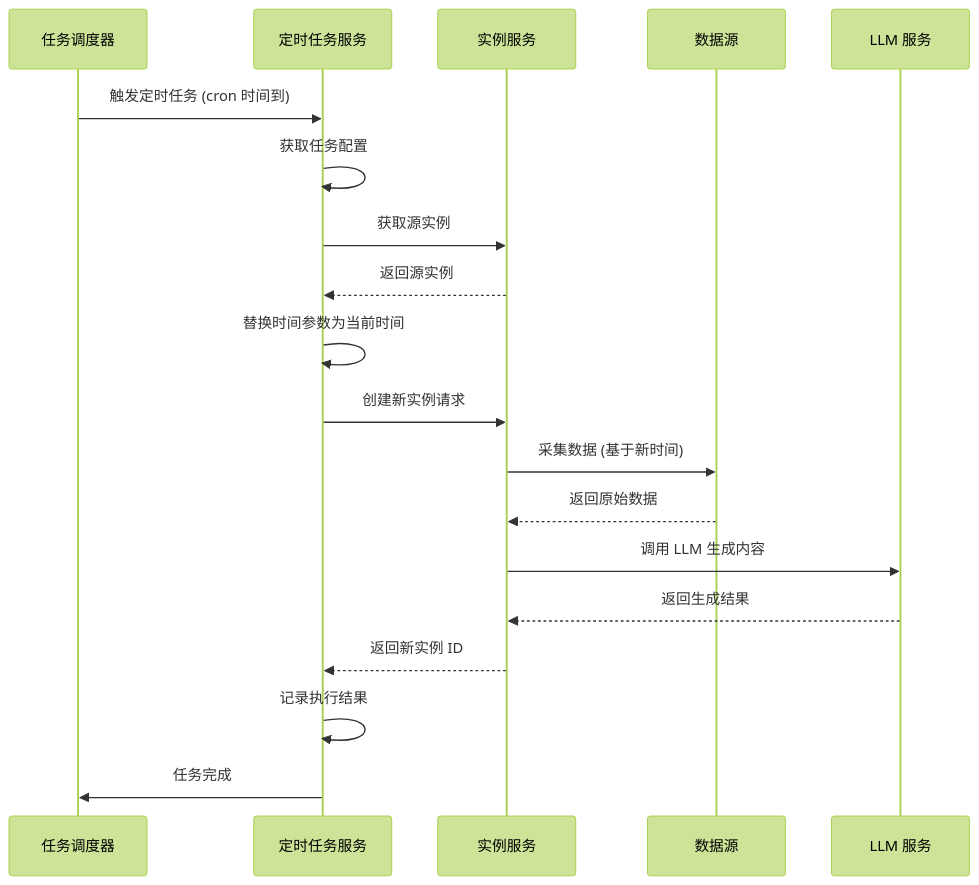
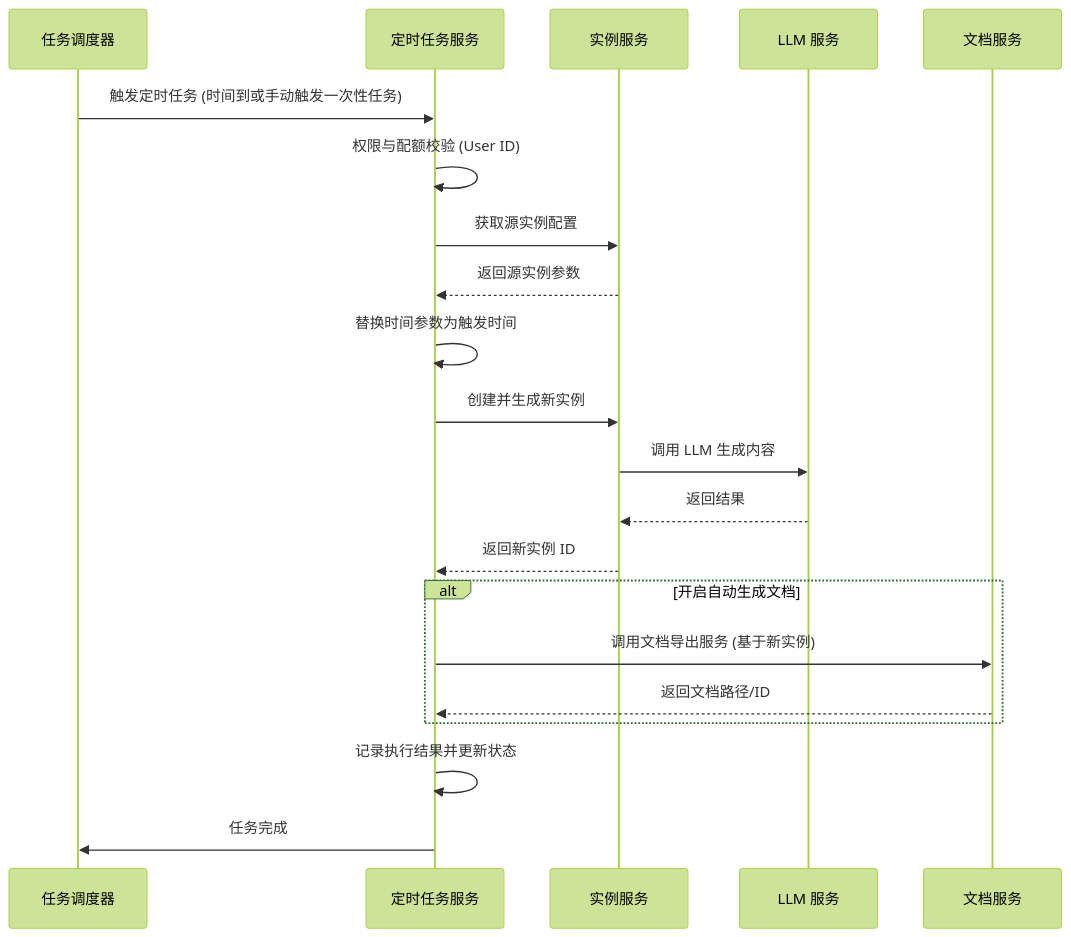
Before and after one commit to shel447/ReportSystem: the ninth of 14 diagrams in design.md, drawn with Mermaid (forest theme). The commit also changed other lines of this file and 1 other file, not shown here.

First line of the commit message:
docs: refined ReportSystem design and spec, added context and scheduled task details

````diff
--- a/design.md
+++ b/design.md
@@ -584,25 +629,28 @@
 ```mermaid
 sequenceDiagram
     participant Scheduler as 任务调度器
     participant Task as 定时任务服务
     participant Instance as 实例服务
-    participant Data as 数据源
     participant LLM as LLM 服务
+    participant Doc as 文档服务
 
-    Scheduler->>Task: 触发定时任务 (cron 时间到)
-    Task->>Task: 获取任务配置
-    Task->>Instance: 获取源实例
-    Instance-->>Task: 返回源实例
+    Scheduler->>Task: 触发定时任务 (时间到或手动触发一次性任务)
+    Task->>Task: 权限与配额校验 (User ID)
+    Task->>Instance: 获取源实例配置
+    Instance-->>Task: 返回源实例参数
     
-    Task->>Task: 替换时间参数为当前时间
+    Task->>Task: 替换时间参数为触发时间
     
-    Task->>Instance: 创建新实例请求
-    Instance->>Data: 采集数据 (基于新时间)
-    Data-->>Instance: 返回原始数据
+    Task->>Instance: 创建并生成新实例
     Instance->>LLM: 调用 LLM 生成内容
-    LLM-->>Instance: 返回生成结果
+    LLM-->>Instance: 返回结果
     Instance-->>Task: 返回新实例 ID
     
-    Task->>Task: 记录执行结果
+    alt 开启自动生成文档
+        Task->>Doc: 调用文档导出服务 (基于新实例)
+        Doc-->>Task: 返回文档路径/ID
+    end
+    
+    Task->>Task: 记录执行结果并更新状态
     Task->>Scheduler: 任务完成
 ```
````
